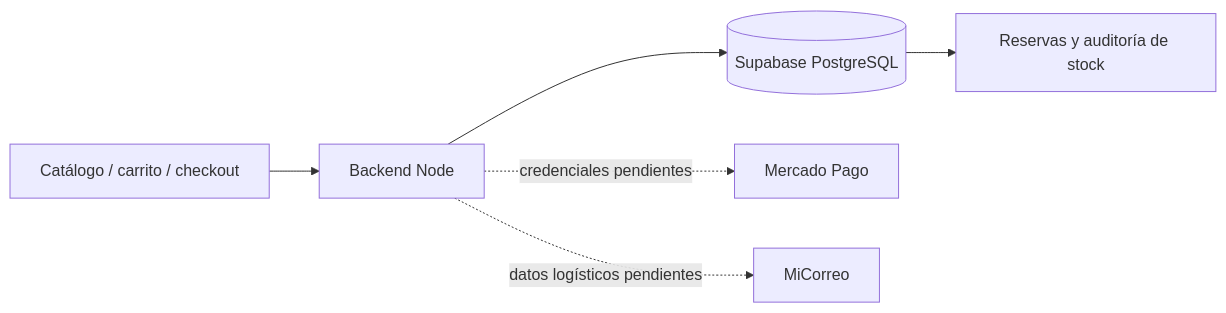
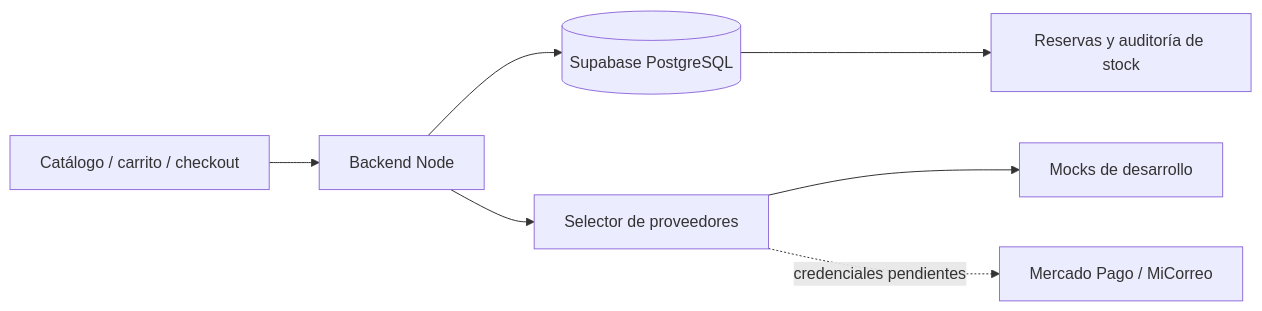
The diagram in README.md (Jerocordoneda/MateBreak), drawn with Mermaid before and after one commit. The commit also changed other lines of this file and 17 other files, not shown here.

````diff
--- a/README.md
+++ b/README.md
@@ -16,8 +16,9 @@
 ```mermaid
 flowchart LR
   UI[Catálogo / carrito / checkout] --> API[Backend Node]
   API --> SQL[(Supabase PostgreSQL)]
   SQL --> STOCK[Reservas y auditoría de stock]
-  API -. credenciales pendientes .-> MP[Mercado Pago]
-  API -. datos logísticos pendientes .-> CA[MiCorreo]
+  API --> PROV[Selector de proveedores]
+  PROV --> MOCK[Mocks de desarrollo]
+  PROV -. credenciales pendientes .-> MP[Mercado Pago / MiCorreo]
 ```
````
